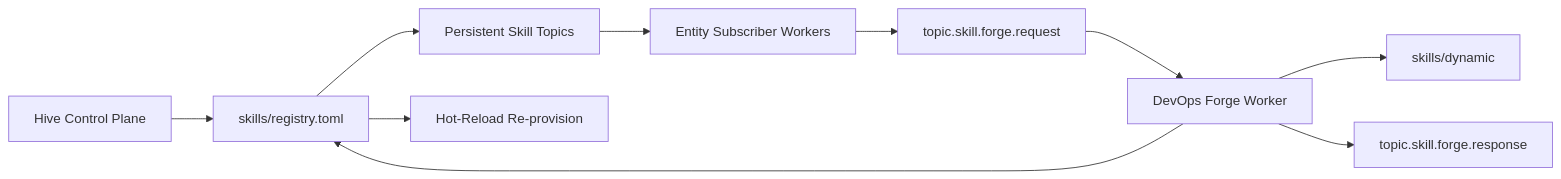
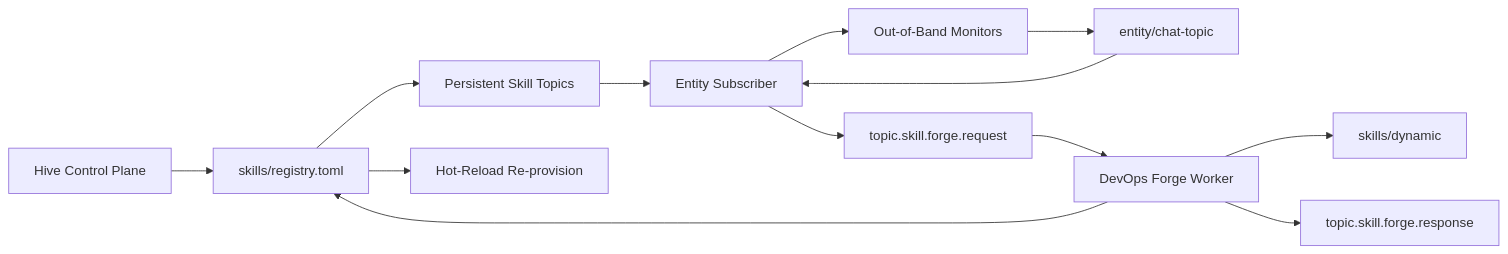
Before and after one commit to jbcupps/abigail: the diagram in documents/ARCHITECTURE_SKILL_TOPOLOGY_AND_FORGE.md, drawn with Mermaid. The commit also changed other lines of this file and 6 other files, not shown here.

Commit message:
docs: create ARCHITECTURE_SKILL_TOPOLOGY_AND_FORGE.md (Phase 1) DOCS UPDATED

````diff
--- a/documents/ARCHITECTURE_SKILL_TOPOLOGY_AND_FORGE.md
+++ b/documents/ARCHITECTURE_SKILL_TOPOLOGY_AND_FORGE.md
@@ -119,12 +125,15 @@
 ```mermaid
 flowchart LR
     Hive[Hive Control Plane] --> Registry[skills/registry.toml]
     Registry --> Topics[Persistent Skill Topics]
-    Topics --> Entity[Entity Subscriber Workers]
+    Topics --> Entity[Entity Subscriber]
+    Entity --> Monitors[Out-of-Band Monitors]
+    Monitors --> ChatTopic[entity/chat-topic]
+    ChatTopic --> Entity
     Entity --> ForgeReq[topic.skill.forge.request]
     ForgeReq --> ForgeWorker[DevOps Forge Worker]
     ForgeWorker --> Dynamic[skills/dynamic]
     ForgeWorker --> Registry
     Registry --> Watcher[Hot-Reload Re-provision]
     ForgeWorker --> ForgeResp[topic.skill.forge.response]
 ```
````
